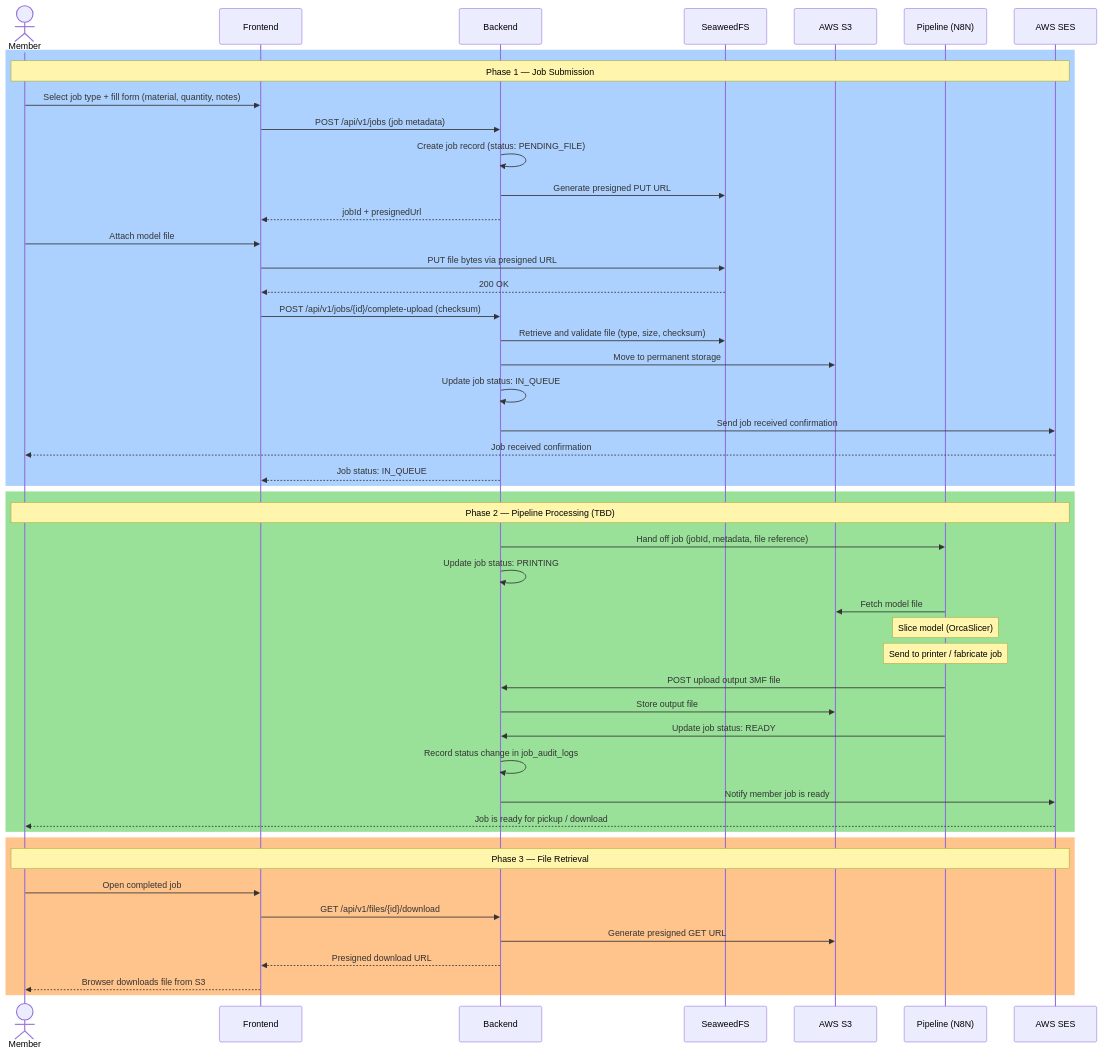
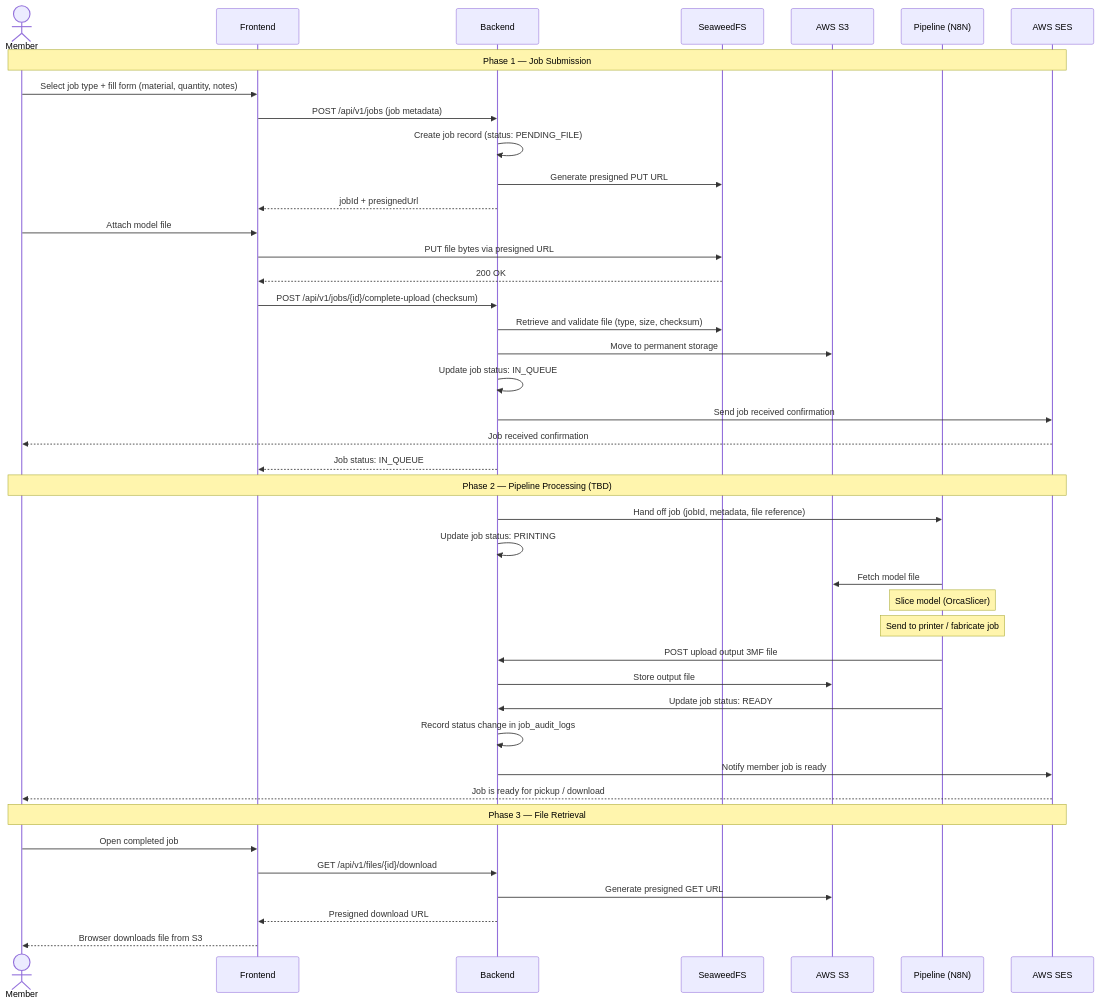
Before and after one commit to 3D-Western/3dw-hub: the third of 3 diagrams in docs/report/system-architecture.md, drawn with Mermaid.

Commit message:
docs: refine sequence diagram for job submission and processing phases

````diff
--- a/docs/report/system-architecture.md
+++ b/docs/report/system-architecture.md
@@ -170,57 +170,51 @@
 ```mermaid
 sequenceDiagram
     actor User as Member
     participant FE as Frontend
     participant BE as Backend
     participant WFS as SeaweedFS
     participant S3 as AWS S3
     participant PL as Pipeline (N8N)
     participant SES as AWS SES
 
-    rect rgb(173, 209, 255)
-        note over User, SES: Phase 1 — Job Submission
-        User->>FE: Select job type + fill form (material, quantity, notes)
-        FE->>BE: POST /api/v1/jobs (job metadata)
-        BE->>BE: Create job record (status: PENDING_FILE)
-        BE->>WFS: Generate presigned PUT URL
-        BE-->>FE: jobId + presignedUrl
+    note over User, SES: Phase 1 — Job Submission
+    User->>FE: Select job type + fill form (material, quantity, notes)
+    FE->>BE: POST /api/v1/jobs (job metadata)
+    BE->>BE: Create job record (status: PENDING_FILE)
+    BE->>WFS: Generate presigned PUT URL
+    BE-->>FE: jobId + presignedUrl
 
-        User->>FE: Attach model file
-        FE->>WFS: PUT file bytes via presigned URL
-        WFS-->>FE: 200 OK
+    User->>FE: Attach model file
+    FE->>WFS: PUT file bytes via presigned URL
+    WFS-->>FE: 200 OK
 
-        FE->>BE: POST /api/v1/jobs/{id}/complete-upload (checksum)
-        BE->>WFS: Retrieve and validate file (type, size, checksum)
-        BE->>S3: Move to permanent storage
-        BE->>BE: Update job status: IN_QUEUE
-        BE->>SES: Send job received confirmation
-        SES-->>User: Job received confirmation
-        BE-->>FE: Job status: IN_QUEUE
-    end
+    FE->>BE: POST /api/v1/jobs/{id}/complete-upload (checksum)
+    BE->>WFS: Retrieve and validate file (type, size, checksum)
+    BE->>S3: Move to permanent storage
+    BE->>BE: Update job status: IN_QUEUE
+    BE->>SES: Send job received confirmation
+    SES-->>User: Job received confirmation
+    BE-->>FE: Job status: IN_QUEUE
 
-    rect rgb(153, 225, 153)
-        note over User, SES: Phase 2 — Pipeline Processing (TBD)
-        BE->>PL: Hand off job (jobId, metadata, file reference)
-        BE->>BE: Update job status: PRINTING
+    note over User, SES: Phase 2 — Pipeline Processing (TBD)
+    BE->>PL: Hand off job (jobId, metadata, file reference)
+    BE->>BE: Update job status: PRINTING
 
-        PL->>S3: Fetch model file
-        note over PL: Slice model (OrcaSlicer)
-        note over PL: Send to printer / fabricate job
+    PL->>S3: Fetch model file
+    note over PL: Slice model (OrcaSlicer)
+    note over PL: Send to printer / fabricate job
 
-        PL->>BE: POST upload output 3MF file
-        BE->>S3: Store output file
-        PL->>BE: Update job status: READY
-        BE->>BE: Record status change in job_audit_logs
-        BE->>SES: Notify member job is ready
-        SES-->>User: Job is ready for pickup / download
-    end
+    PL->>BE: POST upload output 3MF file
+    BE->>S3: Store output file
+    PL->>BE: Update job status: READY
+    BE->>BE: Record status change in job_audit_logs
+    BE->>SES: Notify member job is ready
+    SES-->>User: Job is ready for pickup / download
 
-    rect rgb(255, 195, 140)
-        note over User, SES: Phase 3 — File Retrieval
-        User->>FE: Open completed job
-        FE->>BE: GET /api/v1/files/{id}/download
-        BE->>S3: Generate presigned GET URL
-        BE-->>FE: Presigned download URL
-        FE-->>User: Browser downloads file from S3
-    end
+    note over User, SES: Phase 3 — File Retrieval
+    User->>FE: Open completed job
+    FE->>BE: GET /api/v1/files/{id}/download
+    BE->>S3: Generate presigned GET URL
+    BE-->>FE: Presigned download URL
+    FE-->>User: Browser downloads file from S3
 ```
````
